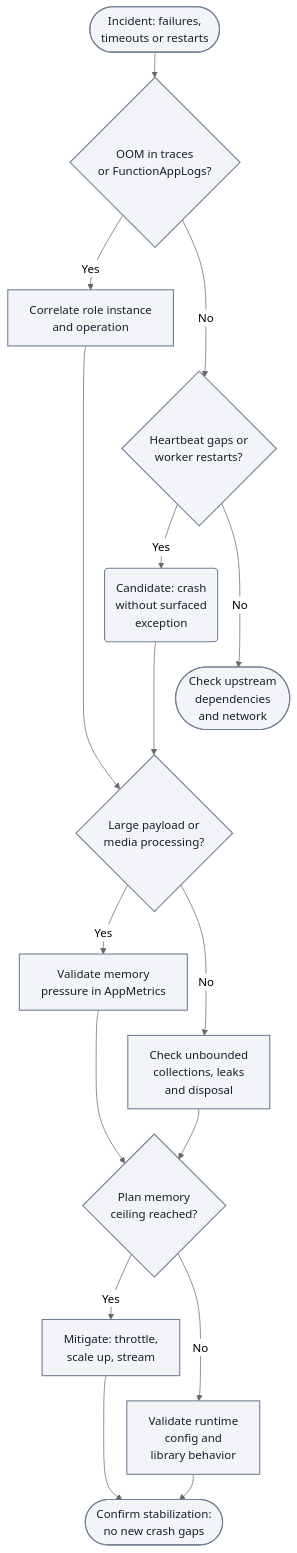
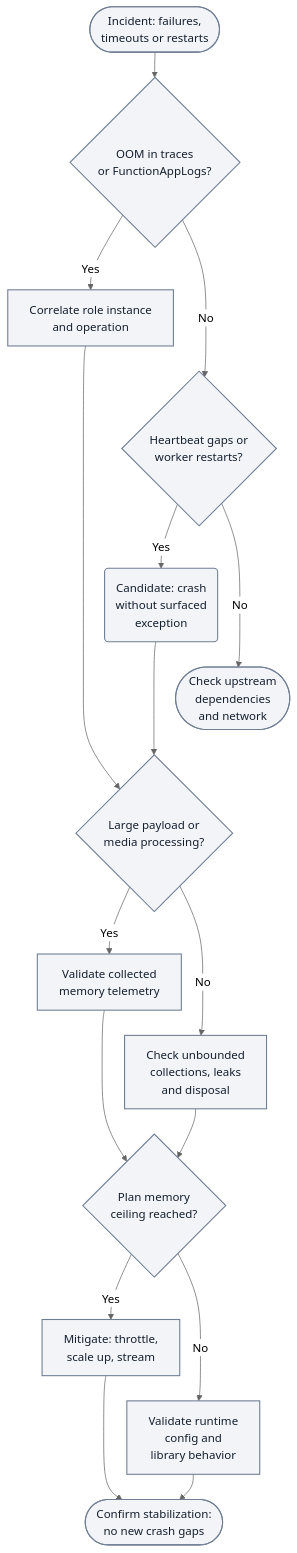
Before and after one commit to yeongseon/azure-functions-practical-guide: the first of 4 diagrams in docs/troubleshooting/playbooks/scaling/out-of-memory-worker-crash.md, drawn with Mermaid (neutral theme). The commit also changed other lines of this file and 1 other file, not shown here.

Commit message:
docs(diagrams): qualify collected memory telemetry checks
Replace the AppMetrics assumption with collected memory telemetry and qualify
availability by hosting plan, operating system and runtime before querying.
Refresh the matching owned diagram inventory record.

Refs #274

````diff
--- a/docs/troubleshooting/playbooks/scaling/out-of-memory-worker-crash.md
+++ b/docs/troubleshooting/playbooks/scaling/out-of-memory-worker-crash.md
@@ -85,29 +85,29 @@
 ```mermaid
 %%{init: {'flowchart': {'nodeSpacing': 10, 'rankSpacing': 35}}}%%
 flowchart TD
     accTitle: Memory pressure and worker crash triage
     accDescr: Illustrative checks distinguish OOM exceptions, restart gaps, payload or media paths, collection and disposal checks, memory ceilings and runtime behavior. Yes/No branches select investigations, not proven diagnoses.
     A(["Incident: failures,<br/>timeouts or restarts"]) --> B{"OOM in traces<br/>or FunctionAppLogs?"}
     B -->|Yes| C["Correlate role instance<br/>and operation"]
     B -->|No| D{"Heartbeat gaps or<br/>worker restarts?"}
     D -->|Yes| E("Candidate: crash<br/>without surfaced<br/>exception")
     D -->|No| F(["Check upstream<br/>dependencies<br/>and network"])
     C --> G{"Large payload or<br/>media processing?"}
     E --> G
-    G -->|Yes| H["Validate memory<br/>pressure in AppMetrics"]
+    G -->|Yes| H["Validate collected<br/>memory telemetry"]
     G -->|No| I["Check unbounded<br/>collections, leaks<br/>and disposal"]
     H --> J{"Plan memory<br/>ceiling reached?"}
     I --> J
     J -->|Yes| K["Mitigate: throttle,<br/>scale up, stream"]
     J -->|No| L["Validate runtime<br/>config and<br/>library behavior"]
     K --> M(["Confirm stabilization:<br/>no new crash gaps"])
     L --> M
     %% Layout-only links tier branches; they add no diagnostic steps or arrows.
     C ~~~ D
     E ~~~ F
     F ~~~ G
     H ~~~ I
     K ~~~ L
     classDef neutral fill:#f2f4f8,stroke:#707e93,stroke-width:1.5px,color:#14202e;
     class A,B,C,D,E,F,G,H,I,J,K,L,M neutral;
 ```
````
